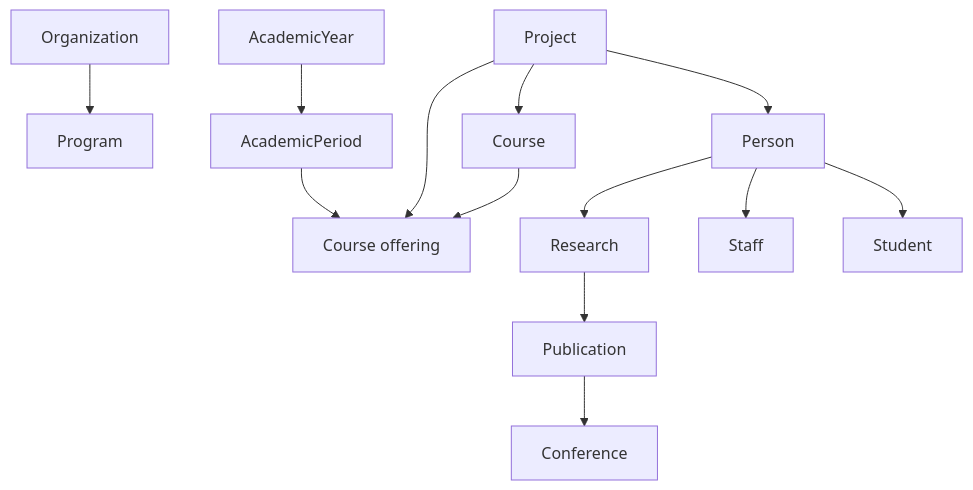
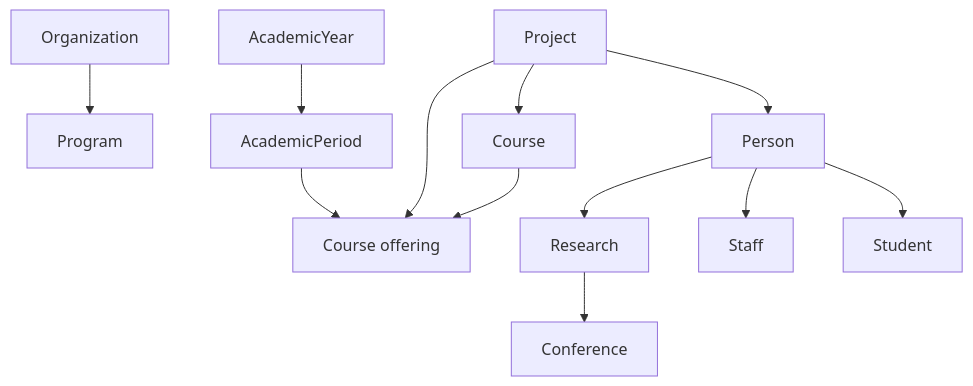
One commit to shamilaw-sci/CSC3213_20_Group_B changed the first of 2 diagrams in docs/SCHEMAS.md. Above: the diagram before and after it, drawn with Mermaid. The commit also changed other lines of this file and 41 other files, not shown here.

````diff
--- a/docs/SCHEMAS.md
+++ b/docs/SCHEMAS.md
@@ -49,15 +49,14 @@
 ```mermaid
 flowchart TD
   Organization --> Program
   AcademicYear --> AcademicPeriod
   Course --> Offering[Course offering]
   AcademicPeriod --> Offering
   Person --> Student
   Person --> Staff
   Person --> Research
-  Research --> Publication
-  Publication --> Conference
+  Research --> Conference
   Project --> Person
   Project --> Course
   Project --> Offering
 ```
````
